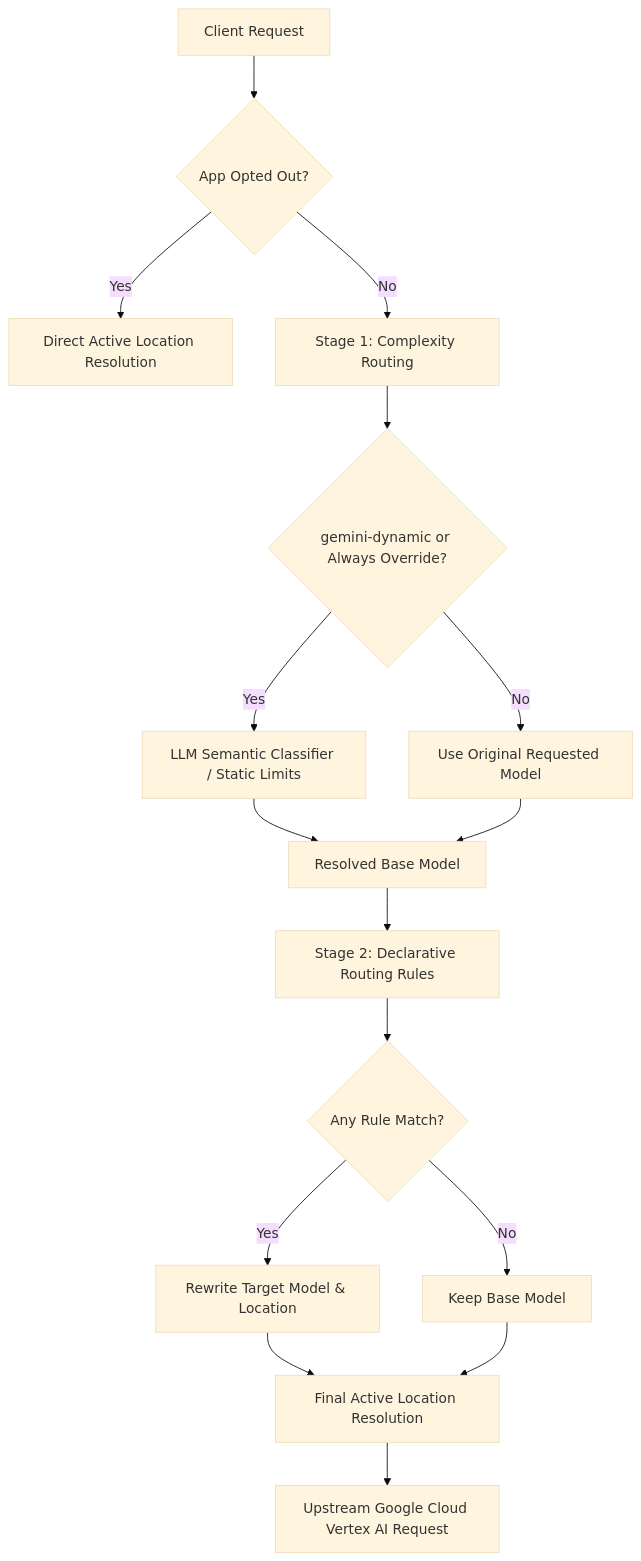
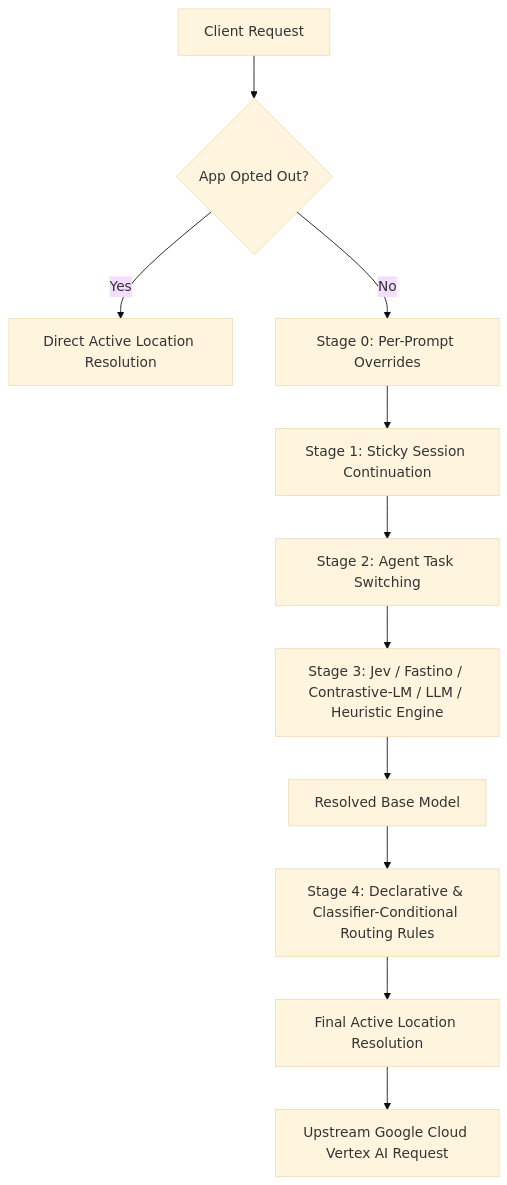
One commit to davenportjw/smartrouter changed the diagram in docs/guides/dynamic-routing.md. Above: the diagram before and after it, drawn with Mermaid (base theme). The commit also changed other lines of this file and 92 other files, not shown here.

First line of the commit message:
feat: add decision engine, OpenAI-compatible proxy endpoint, and session config

````diff
--- a/docs/guides/dynamic-routing.md
+++ b/docs/guides/dynamic-routing.md
@@ -62,18 +110,13 @@
 ```mermaid
 graph TD
     A[Client Request] --> B{App Opted Out?}
     B -- Yes --> C[Direct Active Location Resolution]
-    B -- No --> D[Stage 1: Complexity Routing]
-    D --> E{gemini-dynamic or Always Override?}
-    E -- Yes --> F[LLM Semantic Classifier / Static Limits]
-    E -- No --> G[Use Original Requested Model]
-    F --> H[Resolved Base Model]
-    G --> H
-    H --> I[Stage 2: Declarative Routing Rules]
-    I --> J{Any Rule Match?}
-    J -- Yes --> K[Rewrite Target Model & Location]
-    J -- No --> L[Keep Base Model]
-    K --> M[Final Active Location Resolution]
-    L --> M
-    M --> N[Upstream Google Cloud Vertex AI Request]
+    B -- No --> D[Stage 0: Per-Prompt Overrides]
+    D --> E[Stage 1: Sticky Session Continuation]
+    E --> F[Stage 2: Agent Task Switching]
+    F --> G[Stage 3: Jev / Fastino / Contrastive-LM / LLM / Heuristic Engine]
+    G --> H[Resolved Base Model]
+    H --> I[Stage 4: Declarative & Classifier-Conditional Routing Rules]
+    I --> J[Final Active Location Resolution]
+    J --> K[Upstream Google Cloud Vertex AI Request]
 ```
````
